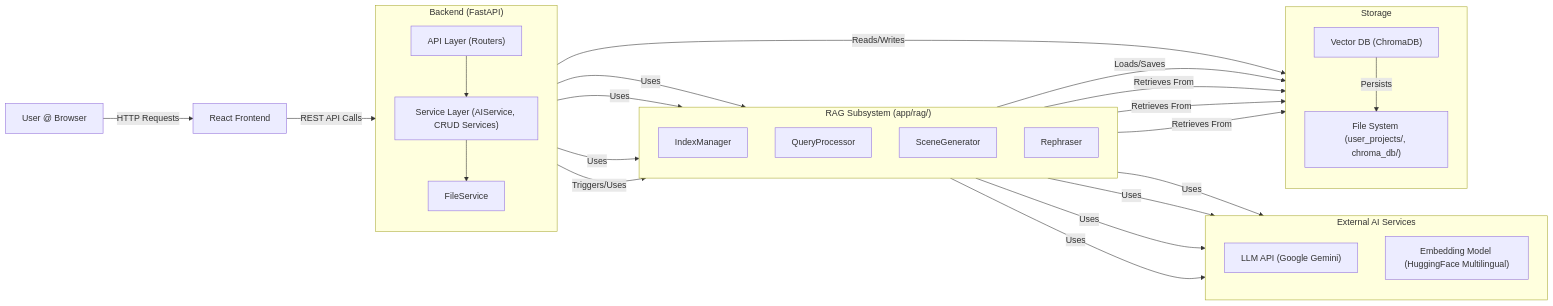
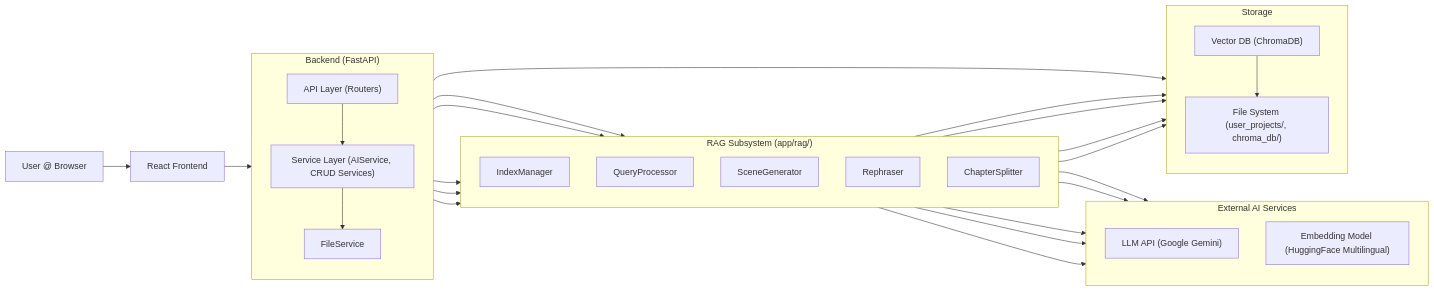
The diagram in docs/architecture.md (Antimortine/codex-ai), drawn with Mermaid before and after one commit. The commit also changed other lines of this file and 2 other files, not shown here.

Commit message:
Update project documentation
Add Chapter Splitting feature to architecture docs
Update README with current tech stack and features
Improve project structure documentation
Include frontend testing in design principles

````diff
--- a/docs/architecture.md
+++ b/docs/architecture.md
@@ -31,6 +32,7 @@
         QP["QueryProcessor"]
         SG["SceneGenerator"]
         RP["Rephraser"]
+        CS["ChapterSplitter"]
     end
 
     subgraph "External AI Services"
@@ -43,55 +45,32 @@
         direction TB
         VDB["Vector DB (ChromaDB)"]
         STORE["File System (user_projects/, chroma_db/)"]
-        VDB -- Persists --> STORE
+        VDB --> STORE
     end
 
-    %% Define Connections
-    User -- HTTP Requests --> Frontend
-    Frontend -- REST API Calls --> API
+    %% Define Connections (Simplified Arrows)
+    User --> Frontend
+    Frontend --> API
 
-    Services -- Uses --> QP
-    Services -- Uses --> SG
-    Services -- Uses --> RP
-    Services -- Triggers/Uses --> IM
+    Services --> QP
+    Services --> SG
+    Services --> RP
+    Services --> CS
+    Services --> IM
 
-    FS -- Reads/Writes --> STORE
+    FS --> STORE
 
-    IM -- Uses --> EMB
-    IM -- Loads/Saves --> VDB
+    IM --> EMB
+    IM --> VDB
 
-    QP -- Retrieves From --> VDB
-    QP -- Uses --> LLM
+    QP --> VDB
+    QP --> LLM
 
-    SG -- Retrieves From --> VDB
-    SG -- Uses --> LLM
+    SG --> VDB
+    SG --> LLM
 
-    RP -- Retrieves From --> VDB
-    RP -- Uses --> LLM
+    RP --> VDB
+    RP --> LLM
 
-    %% Workflow Notes (as comments, Mermaid doesn't render these in the diagram itself)
-    %% --- Indexing Flow ---
-    %% 1. Frontend -> API -> Services -> FS (Write MD/JSON) -> STORE
-    %% 2. FS -> IM (Trigger Index)
-    %% 3. IM -> EMB (Generate Embeddings)
-    %% 4. IM -> VDB (Delete Old/Insert New Nodes)
-
-    %% --- Query Flow ---
-    %% 1. Frontend -> API -> Services
-    %% 2. Services -> FS (Load Plan/Synopsis) -> STORE
-    %% 3. Services -> QP (Pass Query + Explicit Context)
-    %% 4. QP -> VDB (Retrieve Nodes)
-    %% 5. QP -> LLM (Build Prompt + Call)
-    %% 6. LLM -> QP (Return Answer)
-    %% 7. QP -> Services (Return Answer + Sources)
-    %% 8. Services -> API -> Frontend (Return Formatted Response)
-
-    %% --- Scene Generation Flow ---
-    %% 1. Frontend -> API -> Services
-    %% 2. Services -> FS (Load Plan/Synopsis/Prev Scenes) -> STORE
-    %% 3. Services -> SG (Pass Prompt + Explicit Context)
-    %% 4. SG -> VDB (Retrieve Nodes)
-    %% 5. SG -> LLM (Build Prompt + Call)
-    %% 6. LLM -> SG (Return Draft)
-    %% 7. SG -> Services -> API -> Frontend (Return Draft)
+    CS --> LLM
 ```
````
